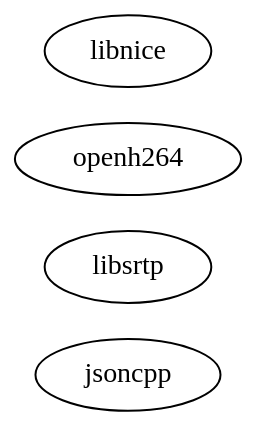
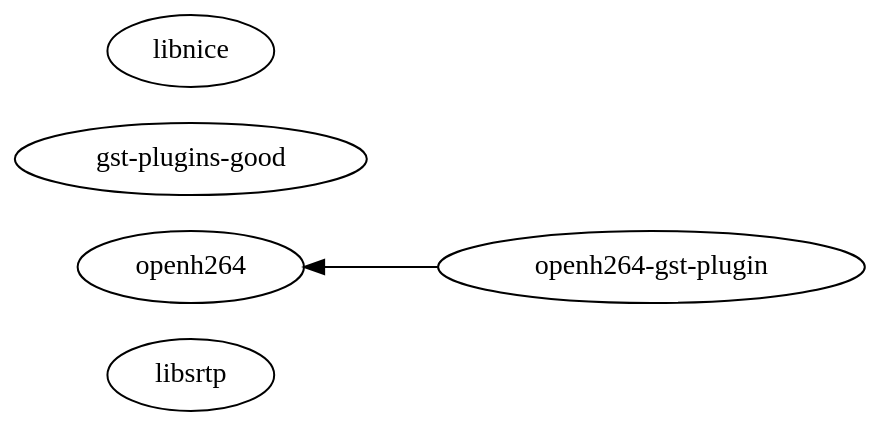
The diagram in doc-kurento/source/images/graphs/dependencies-forks.dot (Kurento/kurento), drawn with Graphviz before and after one commit. The commit also changed 66 other files, not shown here.

```diff
--- a/doc-kurento/source/images/graphs/dependencies-forks.dot
+++ b/doc-kurento/source/images/graphs/dependencies-forks.dot
@@ -1,14 +1,18 @@
 digraph dependencies_forks {
   bgcolor = "transparent";
   fontname = "Bitstream Vera Sans";
   fontsize = 8;
   size = "12,8";
 
   rankdir = "RL";
 
-  // Kurento external libraries
-  "jsoncpp";
-  "libsrtp";
-  "openh264";
-  "libnice";
+  // Forks and external libraries.
+  {
+    rank = "same";
+    "libsrtp";
+    "openh264";
+    "gst-plugins-good";
+    "libnice";
+  }
+  "openh264-gst-plugin" -> {"openh264"};
 }
```
